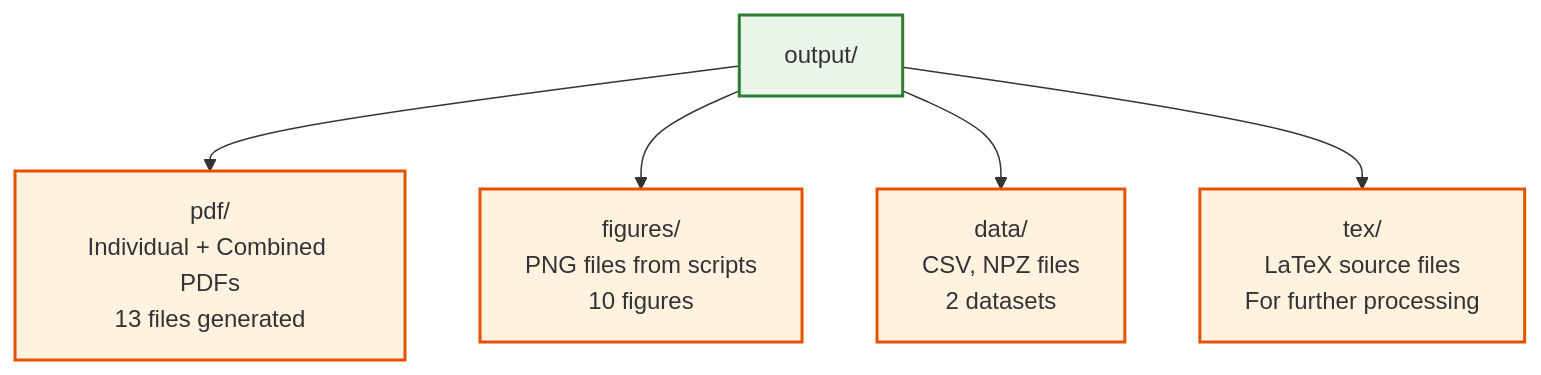
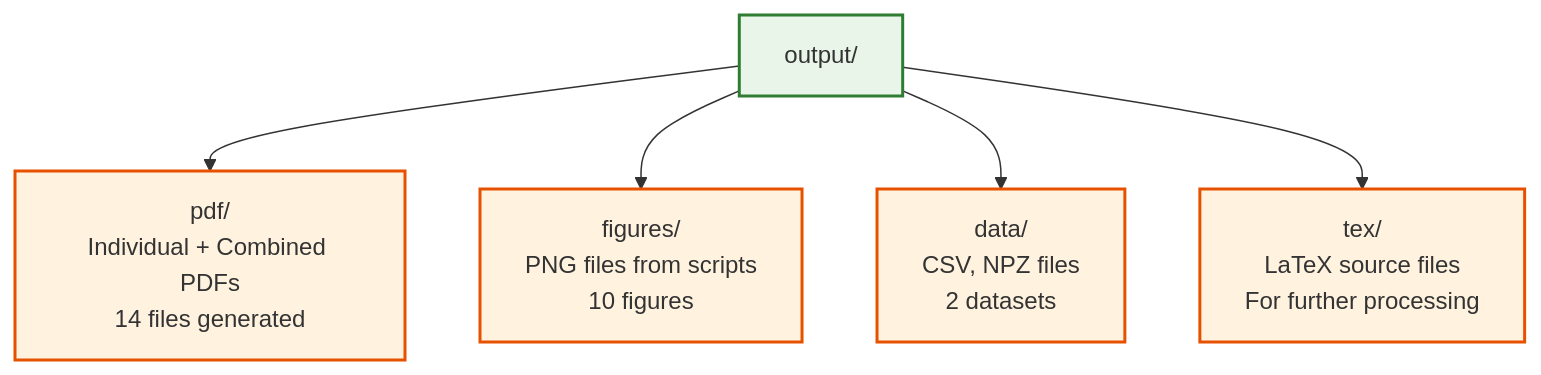
One commit to docxology/template changed the fifth of 6 diagrams in README.md. Above: the diagram before and after it, drawn with Mermaid. The commit also changed other lines of this file and 132 other files, not shown here.

````diff
--- a/README.md
+++ b/README.md
@@ -611,13 +612,13 @@
 ```mermaid
 graph TD
-    OUTPUT[output/] --> PDFS[pdf/<br/>Individual + Combined PDFs<br/>13 files generated]
+    OUTPUT[output/] --> PDFS[pdf/<br/>Individual + Combined PDFs<br/>14 files generated]
     OUTPUT --> FIGS[figures/<br/>PNG files from scripts<br/>10 figures]
     OUTPUT --> DATA[data/<br/>CSV, NPZ files<br/>2 datasets]
     OUTPUT --> TEX[tex/<br/>LaTeX source files<br/>For further processing]
     
     classDef dir fill:#e8f5e8,stroke:#2e7d32,stroke-width:2px
     classDef files fill:#fff3e0,stroke:#e65100,stroke-width:2px
     
     class OUTPUT dir
     class PDFS,FIGS,DATA,TEX files
 ```
````
